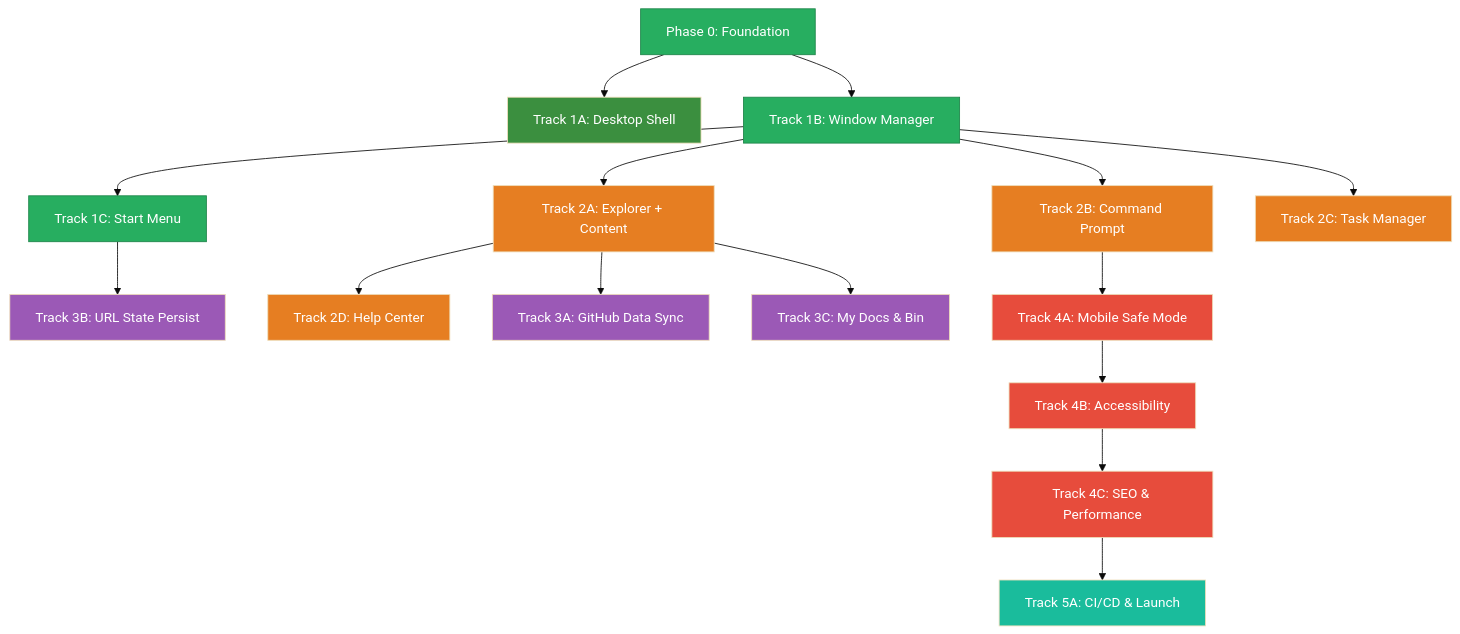
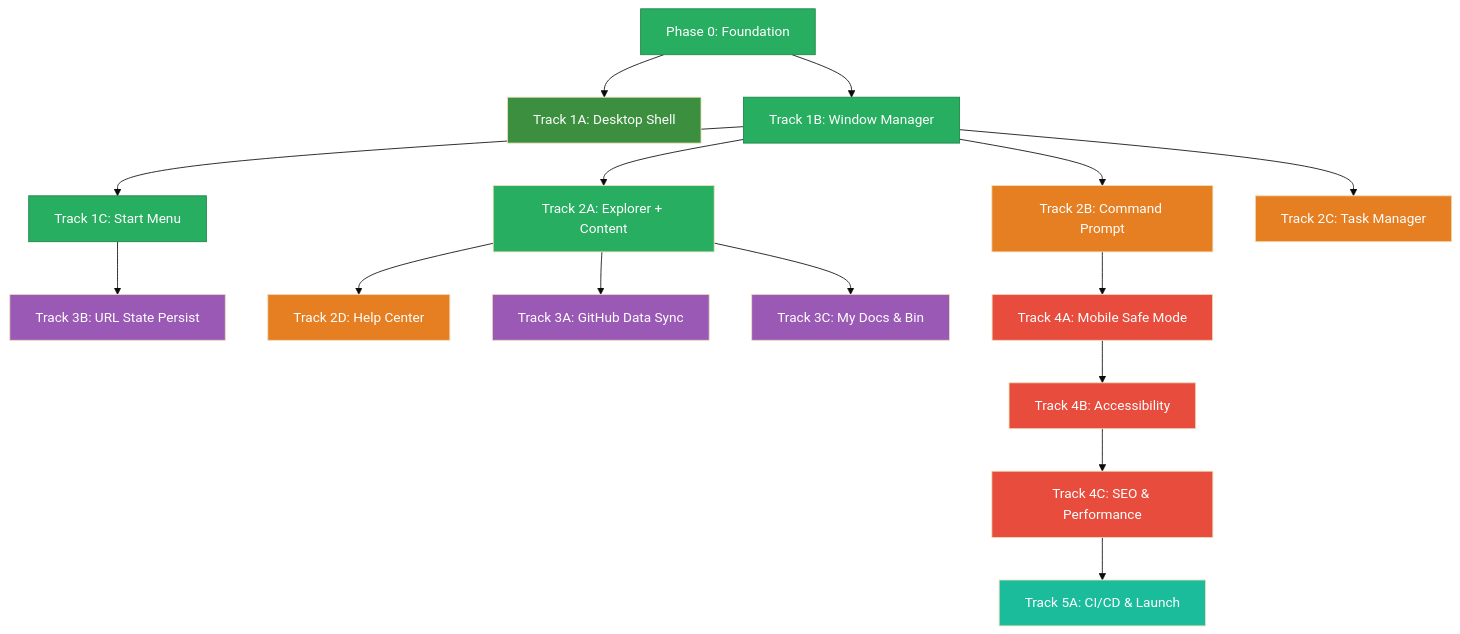
One commit to mansyar/portfolio-v3 changed the second of 2 diagrams in docs/ROADMAP.md. Above: the diagram before and after it, drawn with Mermaid (base theme). The commit also changed other lines of this file and 6 other files, not shown here.

First line of the commit message:
docs(roadmap): Mark Track 2A (Explorer + Content) as completed

````diff
--- a/docs/ROADMAP.md
+++ b/docs/ROADMAP.md
@@ -636,33 +678,33 @@
 ```mermaid
 graph TD
     P0[Phase 0: Foundation] --> T1A[Track 1A: Desktop Shell]
     P0 --> T1B[Track 1B: Window Manager]
     T1B --> T1C[Track 1C: Start Menu]
     T1B --> T2A[Track 2A: Explorer + Content]
     T1B --> T2B[Track 2B: Command Prompt]
     T1B --> T2C[Track 2C: Task Manager]
     T2A --> T2D[Track 2D: Help Center]
     T2A --> T3A[Track 3A: GitHub Data Sync]
     T1C --> T3B[Track 3B: URL State Persist]
     T2A --> T3C[Track 3C: My Docs & Bin]
     T2B --> T4A[Track 4A: Mobile Safe Mode]
     T4A --> T4B[Track 4B: Accessibility]
     T4B --> T4C[Track 4C: SEO & Performance]
     T4C --> T5A[Track 5A: CI/CD & Launch]
 
     style P0 fill:#27ae60,color:#fff,stroke:#1e8449
     style T1A fill:#3b8f3f,color:#fff
     style T1B fill:#27ae60,color:#fff,stroke:#1e8449
     style T1C fill:#27ae60,color:#fff,stroke:#1e8449
-    style T2A fill:#e67e22,color:#fff
+    style T2A fill:#27ae60,color:#fff
     style T2B fill:#e67e22,color:#fff
     style T2C fill:#e67e22,color:#fff
     style T2D fill:#e67e22,color:#fff
     style T3A fill:#9b59b6,color:#fff
     style T3B fill:#9b59b6,color:#fff
     style T3C fill:#9b59b6,color:#fff
     style T4A fill:#e74c3c,color:#fff
     style T4B fill:#e74c3c,color:#fff
     style T4C fill:#e74c3c,color:#fff
     style T5A fill:#1abc9c,color:#fff
 ```
````
